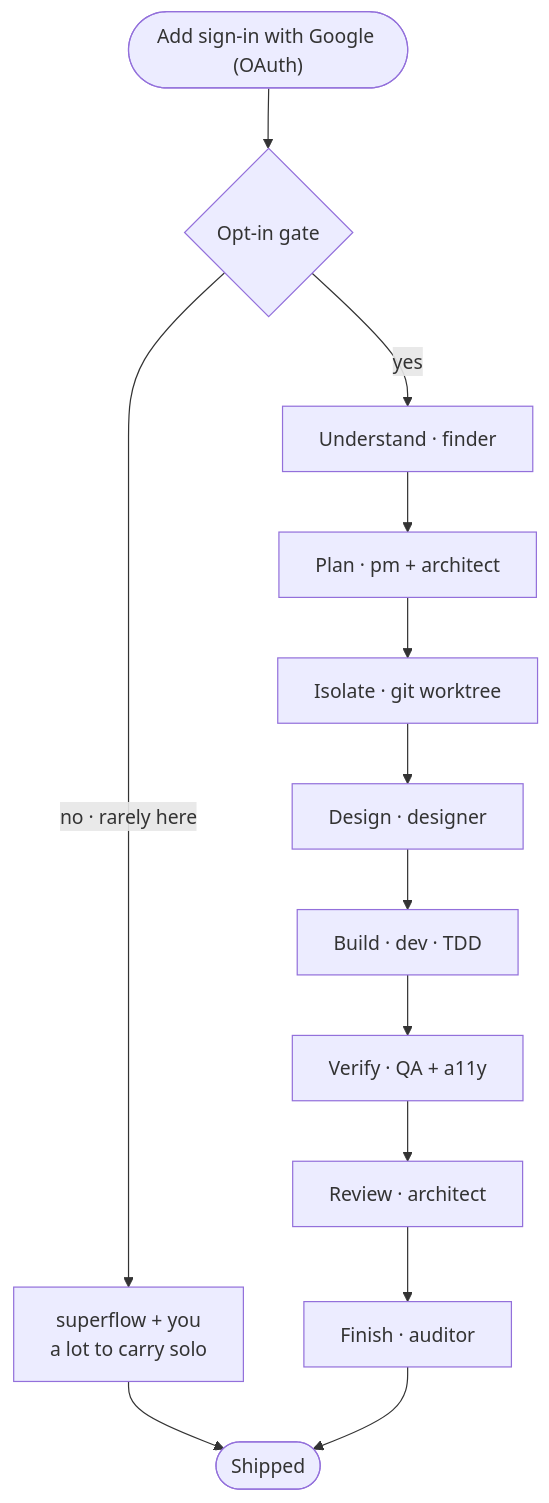
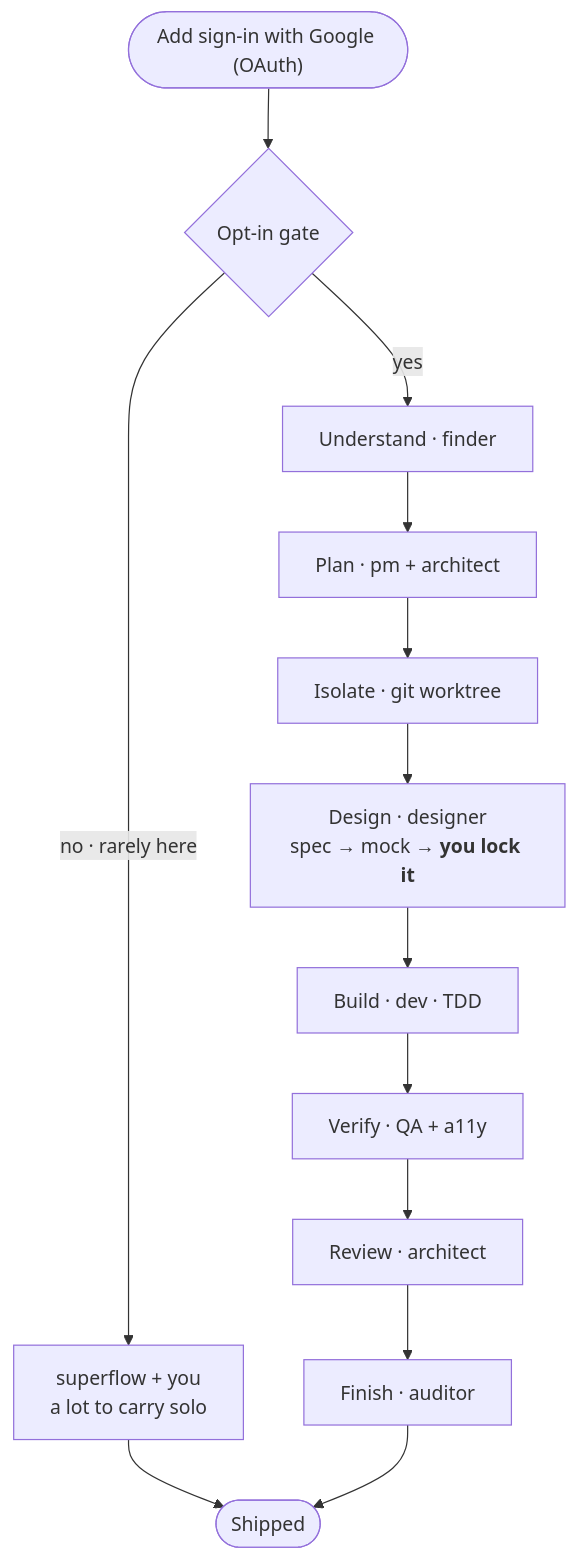
Before and after one commit to cashwanikumar/superflow: the third of 4 diagrams in README.md, drawn with Mermaid.

Commit message:
Show the mock lock in the Design node
The weave's shape didn't change on this branch, but one node's label went stale:
Design is no longer "designer produces a spec", it's spec -> mock -> the user locks
it. That lock is a human checkpoint inside the weave, which is exactly the kind of
thing the diagram should carry rather than leaving to prose three sections down.

Council and handoff-contracts stay out of these charts deliberately. Council isn't a
stage — it's a decision tool you reach for instead of building, and drawing it into a
build pipeline would misrepresent when to use it. handoff-contracts governs every
edge between stages, so honest placement means annotating all of them, which costs
more legibility than it buys.

````diff
--- a/README.md
+++ b/README.md
@@ -45,15 +45,15 @@
 ```mermaid
 flowchart TD
     Q(["Add sign-in with Google (OAuth)"]) --> G{"Opt-in gate"}
     G -->|"no · rarely here"| S["superflow + you<br/>a lot to carry solo"]
     G -->|"yes"| U["Understand · finder"]
     U --> P["Plan · pm + architect"]
     P --> I["Isolate · git worktree"]
-    I --> DE["Design · designer"]
+    I --> DE["Design · designer<br/>spec → mock → <b>you lock it</b>"]
     DE --> BU["Build · dev · TDD"]
     BU --> V["Verify · QA + a11y"]
     V --> RE["Review · architect"]
     RE --> FI["Finish · auditor"]
     S --> Z([Shipped])
     FI --> Z
 ```
````
